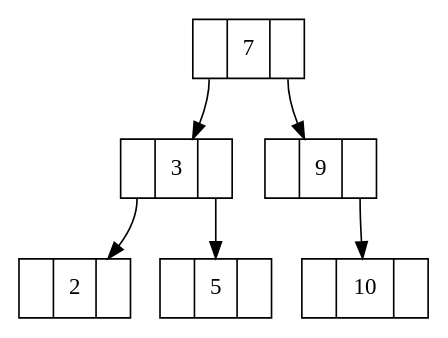
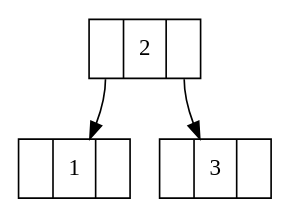
The diagram in Arbolito.dot (MacoChave/Arbol-HBK-JAVA), drawn with Graphviz before and after one commit. The commit also changed 5 other files, not shown here.

```diff
--- a/Arbolito.dot
+++ b/Arbolito.dot
@@ -1,18 +1,12 @@
 digraph Arbolito {
 rankdir = TB
 node [shape = record]
 
-node7 [label = "<izq> | 7 | <der>"]
-node7 : izq -> node3
-node7 : der -> node9
+node2 [label = "<izq> | 2 | <der>"]
+node2 : izq -> node1
+node2 : der -> node3
+node1 [label = "<izq> | 1 | <der>"]
 node3 [label = "<izq> | 3 | <der>"]
-node3 : izq -> node2
-node3 : der -> node5
-node2 [label = "<izq> | 2 | <der>"]
-node5 [label = "<izq> | 5 | <der>"]
-node9 [label = "<izq> | 9 | <der>"]
-node9 : der -> node10
-node10 [label = "<izq> | 10 | <der>"]
 
 
 }
```
